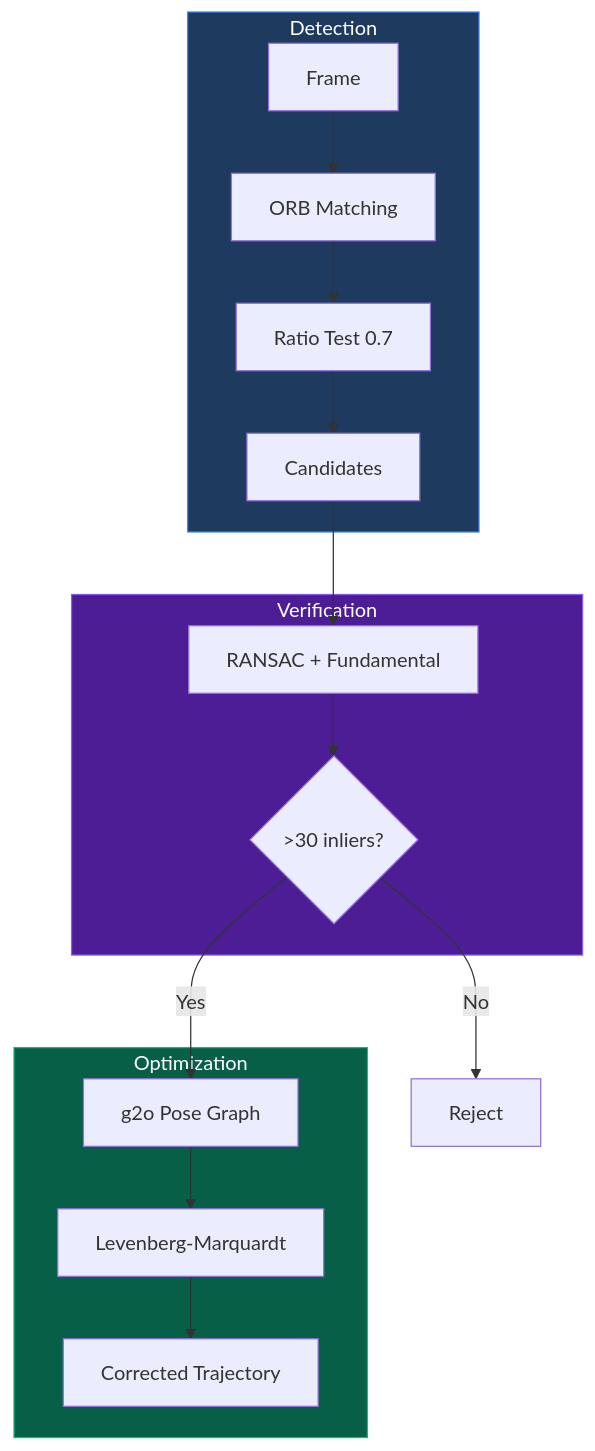
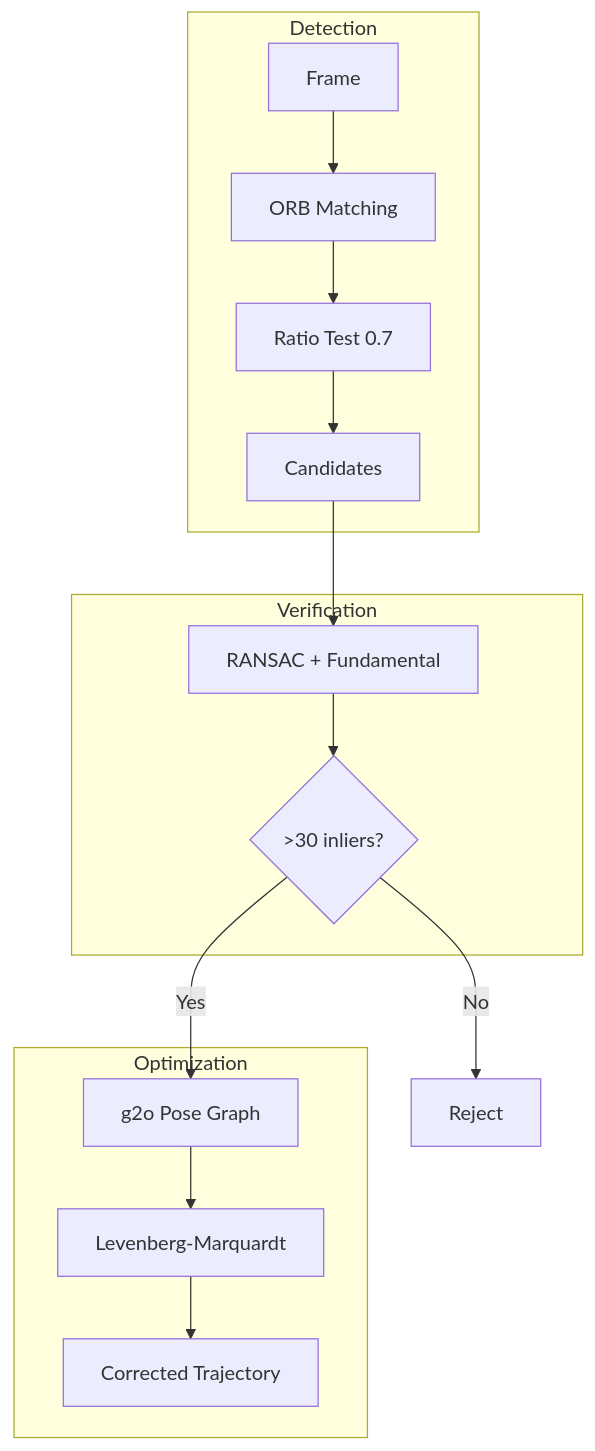
One commit to robertteleng/aria-slam changed the eighth of 10 diagrams in README.md. Above: the diagram before and after it, drawn with Mermaid. The commit also changed other lines of this file, not shown here.

Commit message:
docs: add glossary section and fix Mermaid syntax

````diff
--- a/README.md
+++ b/README.md
@@ -432,25 +367,21 @@
 ```mermaid
 flowchart TD
     subgraph Detection
         F[Frame] --> ORB[ORB Matching]
         ORB --> RATIO[Ratio Test 0.7]
         RATIO --> CAND[Candidates]
     end
 
     subgraph Verification
         CAND --> RANSAC[RANSAC + Fundamental]
         RANSAC --> INLIERS{>30 inliers?}
     end
 
     subgraph Optimization
         INLIERS -->|Yes| GRAPH[g2o Pose Graph]
         GRAPH --> OPT[Levenberg-Marquardt]
         OPT --> CORRECT[Corrected Trajectory]
     end
 
     INLIERS -->|No| REJECT[Reject]
-
-    style Detection fill:#1e3a5f,stroke:#3b82f6,color:#fff
-    style Verification fill:#4c1d95,stroke:#8b5cf6,color:#fff
-    style Optimization fill:#065f46,stroke:#10b981,color:#fff
 ```
````
